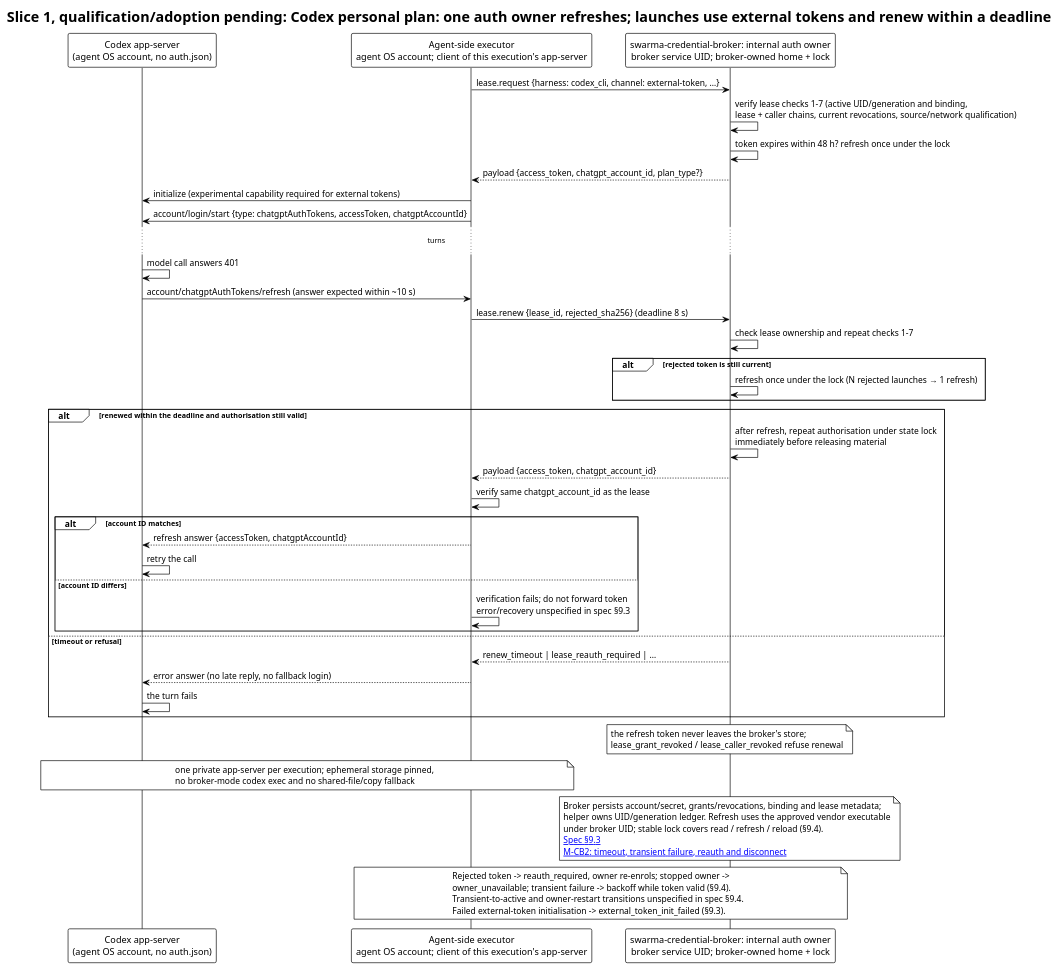
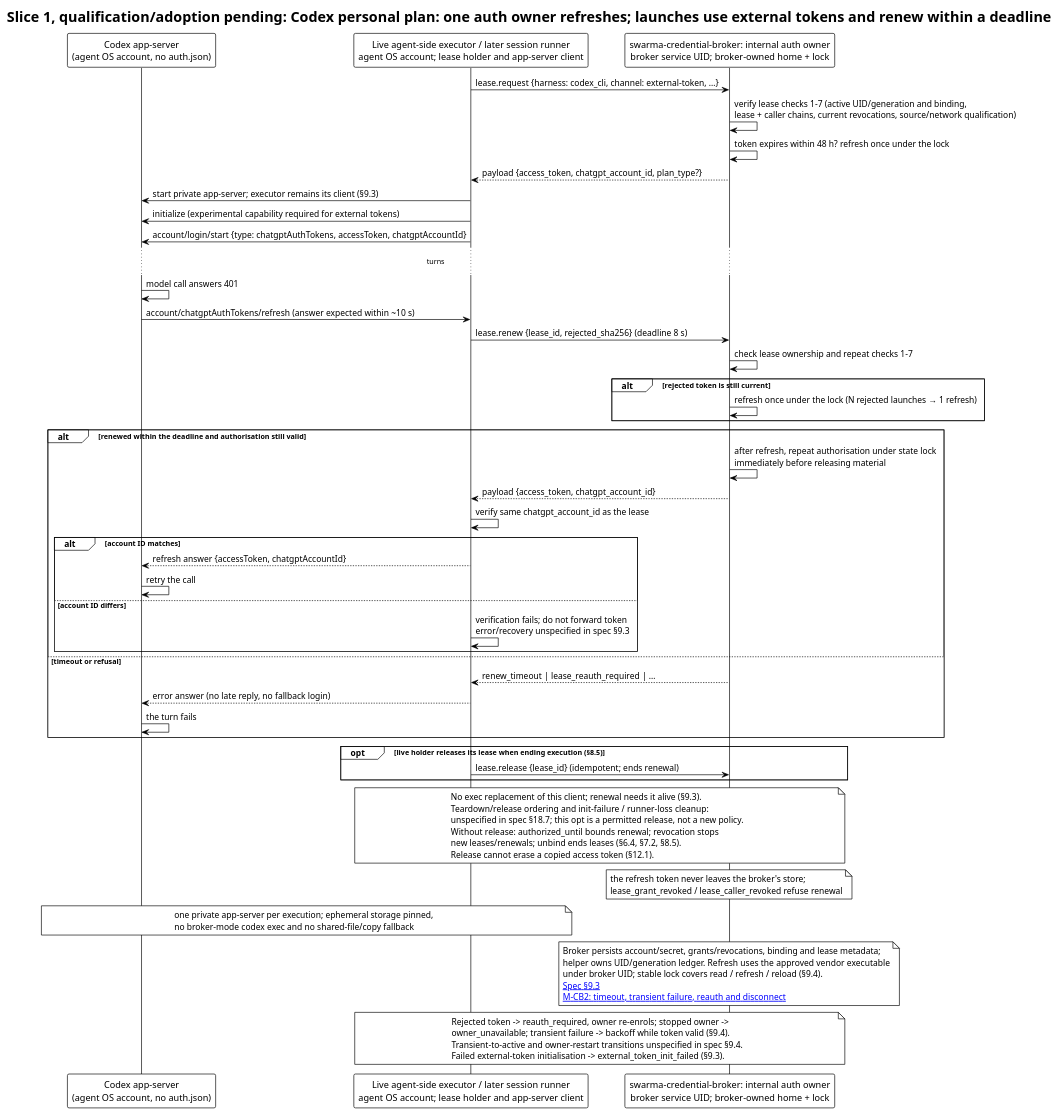
One commit to relux-works/swarma-credential-broker changed the diagram in diagrams/codex-renewal.puml. Above: the diagram before and after it, drawn with PlantUML. The commit also changed 6 other files, not shown here.

First line of the commit message:
Spec-gap wave: launch-time lease end per channel (TASK-261012-2wkmmt)

```diff
--- a/diagrams/codex-renewal.puml
+++ b/diagrams/codex-renewal.puml
@@ -1,53 +1,65 @@
 @startuml codex-renewal
 !theme plain
 title Slice 1, qualification/adoption pending: Codex personal plan: one auth owner refreshes; launches use external tokens and renew within a deadline
 
 participant "Codex app-server\n(agent OS account, no auth.json)" as A
-participant "Agent-side executor\nagent OS account; client of this execution's app-server" as E
+participant "Live agent-side executor / later session runner\nagent OS account; lease holder and app-server client" as E
 participant "swarma-credential-broker: internal auth owner\nbroker service UID; broker-owned home + lock" as O
 
 E -> O: lease.request {harness: codex_cli, channel: external-token, …}
 O -> O: verify lease checks 1–7 (active UID/generation and binding,\nlease + caller chains, current revocations, source/network qualification)
 O -> O: token expires within 48 h? refresh once under the lock
 O --> E: payload {access_token, chatgpt_account_id, plan_type?}
+E -> A: start private app-server; executor remains its client (§9.3)
 E -> A: initialize (experimental capability required for external tokens)
 E -> A: account/login/start {type: chatgptAuthTokens, accessToken, chatgptAccountId}
 ... turns ...
 A -> A: model call answers 401
 A -> E: account/chatgptAuthTokens/refresh (answer expected within ~10 s)
 E -> O: lease.renew {lease_id, rejected_sha256} (deadline 8 s)
 O -> O: check lease ownership and repeat checks 1–7
 alt rejected token is still current
   O -> O: refresh once under the lock (N rejected launches → 1 refresh)
 end
 alt renewed within the deadline and authorisation still valid
   O -> O: after refresh, repeat authorisation under state lock\nimmediately before releasing material
   O --> E: payload {access_token, chatgpt_account_id}
   E -> E: verify same chatgpt_account_id as the lease
   alt account ID matches
     E --> A: refresh answer {accessToken, chatgptAccountId}
     A -> A: retry the call
   else account ID differs
     E -> E: verification fails; do not forward token\nerror/recovery unspecified in spec §9.3
   end
 else timeout or refusal
   O --> E: renew_timeout | lease_reauth_required | …
   E --> A: error answer (no late reply, no fallback login)
   A -> A: the turn fails
 end
+opt live holder releases its lease when ending execution (§8.5)
+  E -> O: lease.release {lease_id} (idempotent; ends renewal)
+end
+note over E,O
+  No exec replacement of this client; renewal needs it alive (§9.3).
+  Teardown/release ordering and init-failure / runner-loss cleanup:
+  unspecified in spec §18.7; this opt is a permitted release, not a new policy.
+  Without release: authorized_until bounds renewal; revocation stops
+  new leases/renewals; unbind ends leases (§6.4, §7.2, §8.5).
+  Release cannot erase a copied access token (§12.1).
+end note
 note over O: the refresh token never leaves the broker's store;\nlease_grant_revoked / lease_caller_revoked refuse renewal
 note over E,A: one private app-server per execution; ephemeral storage pinned,\nno broker-mode codex exec and no shared-file/copy fallback
 note over O
   Broker persists account/secret, grants/revocations, binding and lease metadata;
   helper owns UID/generation ledger. Refresh uses the approved vendor executable
   under broker UID; stable lock covers read / refresh / reload (§9.4).
   [[../spec/broker.md#93-external-token-mode Spec §9.3]]
   [[lease-recovery.puml M-CB2: timeout, transient failure, reauth and disconnect]]
 end note
 note over E,O
   Rejected token -> reauth_required, owner re-enrols; stopped owner ->
   owner_unavailable; transient failure -> backoff while token valid (§9.4).
   Transient-to-active and owner-restart transitions unspecified in spec §9.4.
   Failed external-token initialisation -> external_token_init_failed (§9.3).
 end note
 @enduml
```
